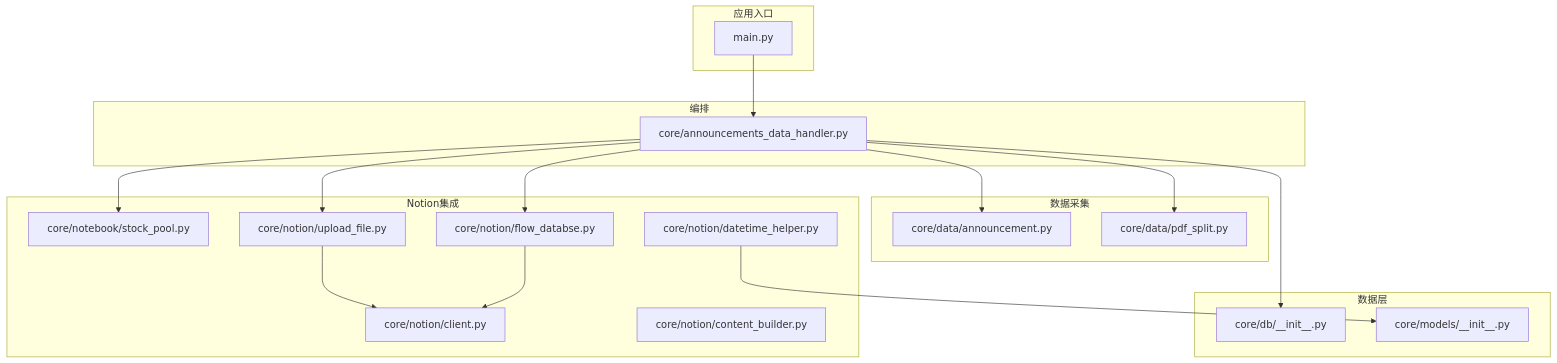
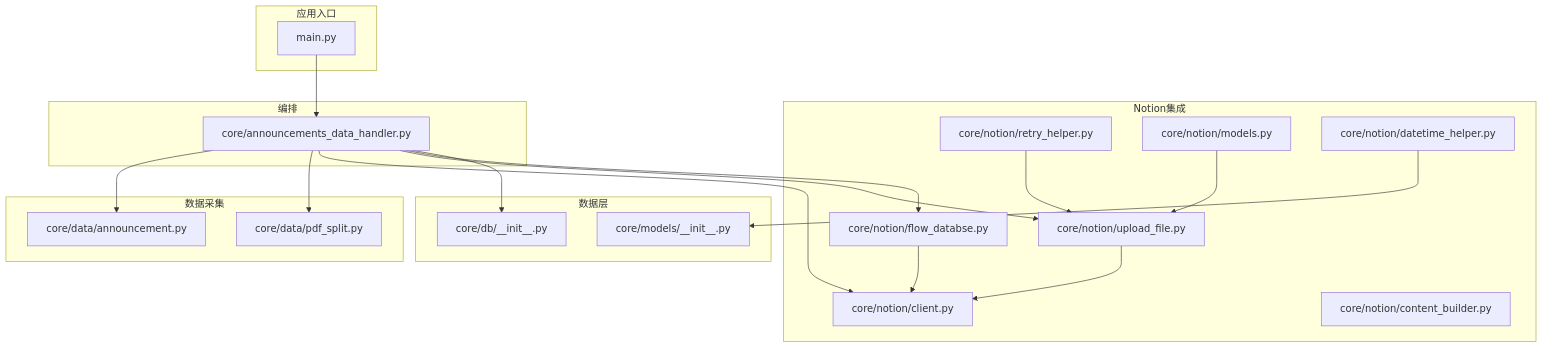
One commit to iverwong/DataLife changed the first of 5 diagrams in .qoder/repowiki/zh/content/核心模块详解/Notion集成模块/Notion集成模块.md. Above: the diagram before and after it, drawn with Mermaid. The commit also changed other lines of this file and 6 other files, not shown here.

````diff
--- a/.qoder/repowiki/zh/content/核心模块详解/Notion集成模块/Notion集成模块.md
+++ b/.qoder/repowiki/zh/content/核心模块详解/Notion集成模块/Notion集成模块.md
@@ -50,35 +52,38 @@
 ```mermaid
 graph TB
 subgraph "应用入口"
 M["main.py"]
 end
 subgraph "数据层"
 D1["core/db/__init__.py"]
 D2["core/models/__init__.py"]
 end
 subgraph "数据采集"
 C1["core/data/announcement.py"]
 C2["core/data/pdf_split.py"]
 end
 subgraph "Notion集成"
-N1["core/notebook/stock_pool.py"]
-N2["core/notion/client.py"]
-N3["core/notion/upload_file.py"]
-N4["core/notion/datetime_helper.py"]
-N5["core/notion/content_builder.py"]
-N6["core/notion/flow_databse.py"]
+N1["core/notion/client.py"]
+N2["core/notion/upload_file.py"]
+N3["core/notion/retry_helper.py"]
+N4["core/notion/models.py"]
+N5["core/notion/datetime_helper.py"]
+N6["core/notion/content_builder.py"]
+N7["core/notion/flow_databse.py"]
 end
 subgraph "编排"
 P1["core/announcements_data_handler.py"]
 end
 M --> P1
 P1 --> C1
 P1 --> C2
 P1 --> N1
-P1 --> N3
-P1 --> N6
+P1 --> N2
+P1 --> N7
+N2 --> N1
+N7 --> N1
 N3 --> N2
-N6 --> N2
-N4 --> D2
+N4 --> N2
+N5 --> D2
 P1 --> D1
 ```
````
